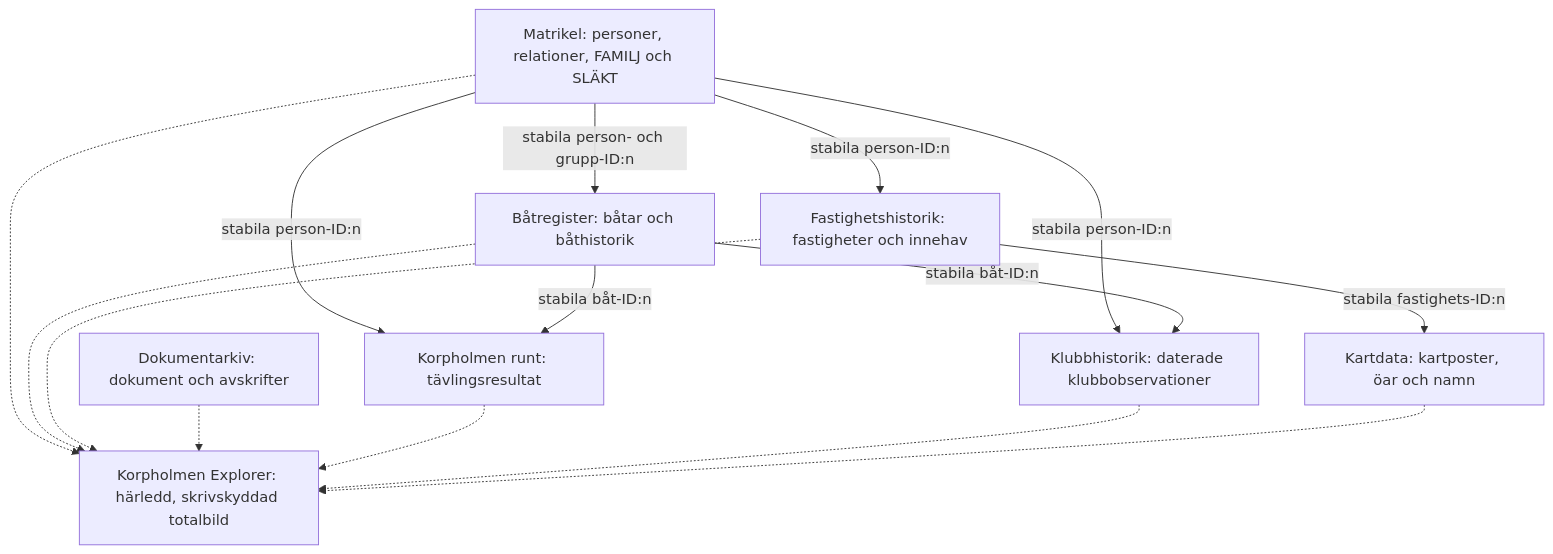
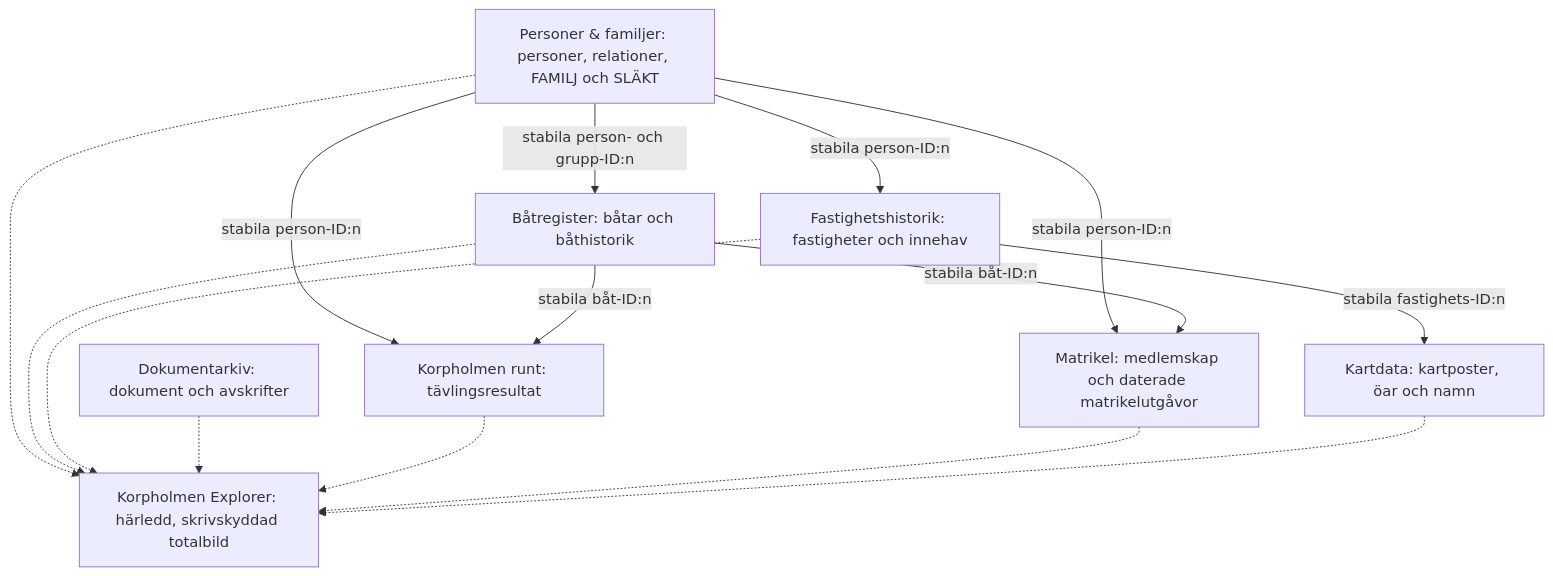
One commit to simonsvahn/korpholmen changed the second of 6 diagrams in ARKITEKTUR.md. Above: the diagram before and after it, drawn with Mermaid. The commit also changed other lines of this file and 240 other files, not shown here.

Commit message:
Döp om Matrikel och återställ båtbilder

````diff
--- a/ARKITEKTUR.md
+++ b/ARKITEKTUR.md
@@ -80,26 +80,26 @@
 ```mermaid
 flowchart TB
-    MA["Matrikel: personer, relationer, FAMILJ och SLÄKT"]
+    PF["Personer & familjer: personer, relationer, FAMILJ och SLÄKT"]
     BA["Båtregister: båtar och båthistorik"]
     FA["Fastighetshistorik: fastigheter och innehav"]
     AR["Dokumentarkiv: dokument och avskrifter"]
     KR["Korpholmen runt: tävlingsresultat"]
-    KH["Klubbhistorik: daterade klubbobservationer"]
+    MA["Matrikel: medlemskap och daterade matrikelutgåvor"]
     KD["Kartdata: kartposter, öar och namn"]
     EX["Korpholmen Explorer: härledd, skrivskyddad totalbild"]
 
-    MA -->|"stabila person- och grupp-ID:n"| BA
-    MA -->|"stabila person-ID:n"| FA
-    MA -->|"stabila person-ID:n"| KR
-    MA -->|"stabila person-ID:n"| KH
+    PF -->|"stabila person- och grupp-ID:n"| BA
+    PF -->|"stabila person-ID:n"| FA
+    PF -->|"stabila person-ID:n"| KR
+    PF -->|"stabila person-ID:n"| MA
     BA -->|"stabila båt-ID:n"| KR
-    BA -->|"stabila båt-ID:n"| KH
+    BA -->|"stabila båt-ID:n"| MA
     FA -->|"stabila fastighets-ID:n"| KD
-    MA -.-> EX
+    PF -.-> EX
     BA -.-> EX
     FA -.-> EX
     AR -.-> EX
     KR -.-> EX
-    KH -.-> EX
+    MA -.-> EX
     KD -.-> EX
 ```
````
